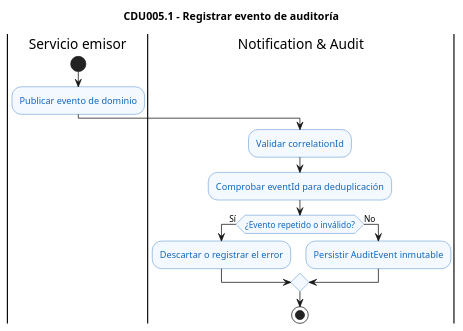
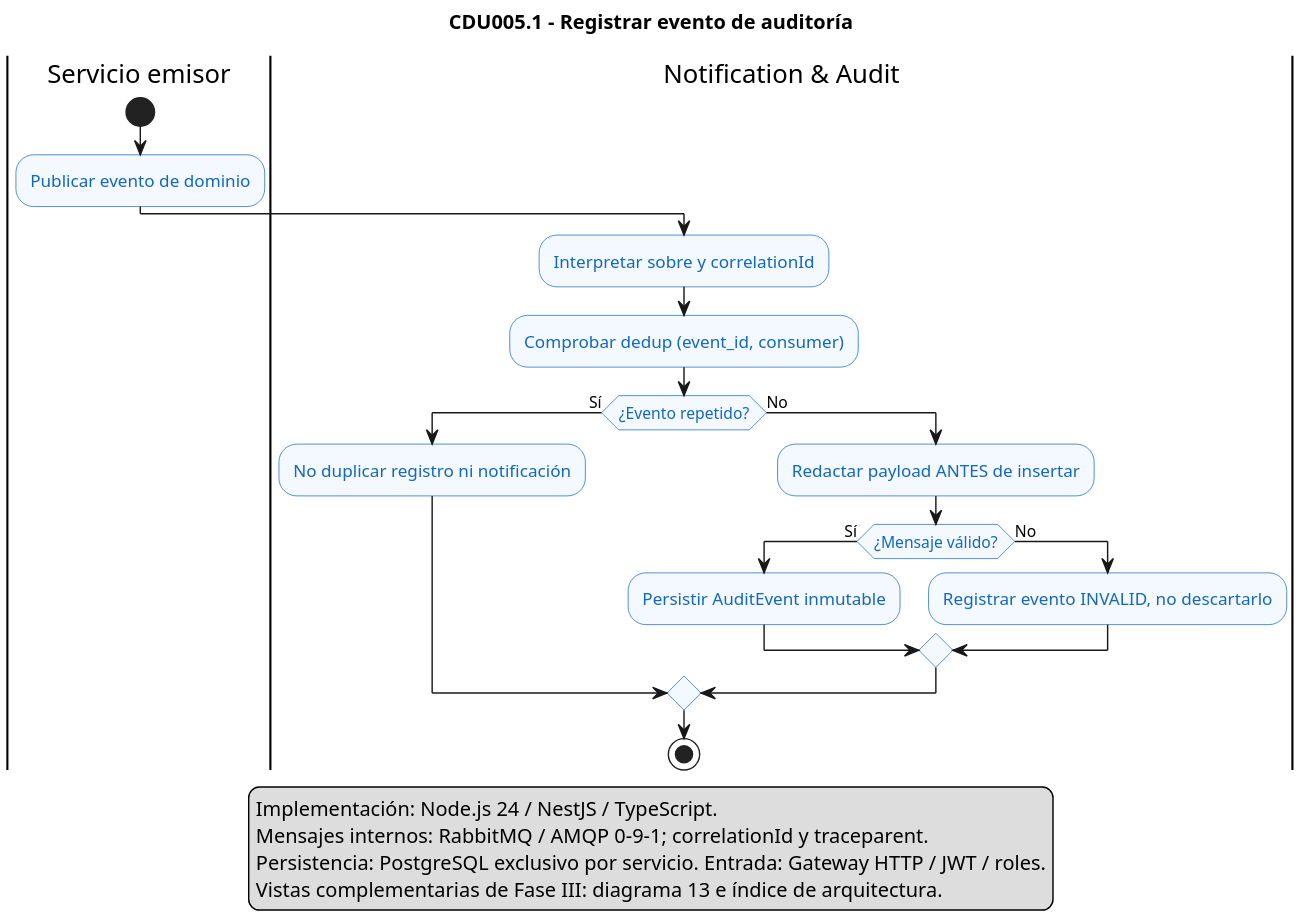
The diagram in docs/architecture/diagrams/cdu/notification-audit/flujos/CDU005.1-registrar-auditoria.puml (marcosbondel/Proyecto-SA-B-2), drawn with PlantUML before and after one commit. The commit also changed 74 other files, not shown here.

Commit message:
docs(cdu-er): actualizar casos de uso UML nativos, flujos de negocio y modelos ER fisicos

```diff
--- a/docs/architecture/diagrams/cdu/notification-audit/flujos/CDU005.1-registrar-auditoria.puml
+++ b/docs/architecture/diagrams/cdu/notification-audit/flujos/CDU005.1-registrar-auditoria.puml
@@ -1,23 +1,35 @@
 @startuml CDU005.1-registrar-auditoria
 title CDU005.1 - Registrar evento de auditoría
 
 skinparam shadowing false
+skinparam dpi 180
 skinparam activity {
     BackgroundColor #F4F8FF
     BorderColor #1168BD
     FontColor #1168BD
 }
 
 |Servicio emisor|
 start
 :Publicar evento de dominio;
 |Notification & Audit|
-:Validar correlationId;
-:Comprobar eventId para deduplicación;
-if (¿Evento repetido o inválido?) then (Sí)
-    :Descartar o registrar el error;
+:Interpretar sobre y correlationId;
+:Comprobar dedup (event_id, consumer);
+if (¿Evento repetido?) then (Sí)
+    :No duplicar registro ni notificación;
 else (No)
-    :Persistir AuditEvent inmutable;
+    :Redactar payload ANTES de insertar;
+    if (¿Mensaje válido?) then (Sí)
+        :Persistir AuditEvent inmutable;
+    else (No)
+        :Registrar evento INVALID, no descartarlo;
+    endif
 endif
 stop
+legend bottom
+  Implementación: Node.js 24 / NestJS / TypeScript.
+  Mensajes internos: RabbitMQ / AMQP 0-9-1; correlationId y traceparent.
+  Persistencia: PostgreSQL exclusivo por servicio. Entrada: Gateway HTTP / JWT / roles.
+  Vistas complementarias de Fase III: diagrama 13 e índice de arquitectura.
+endlegend
 @enduml
```
